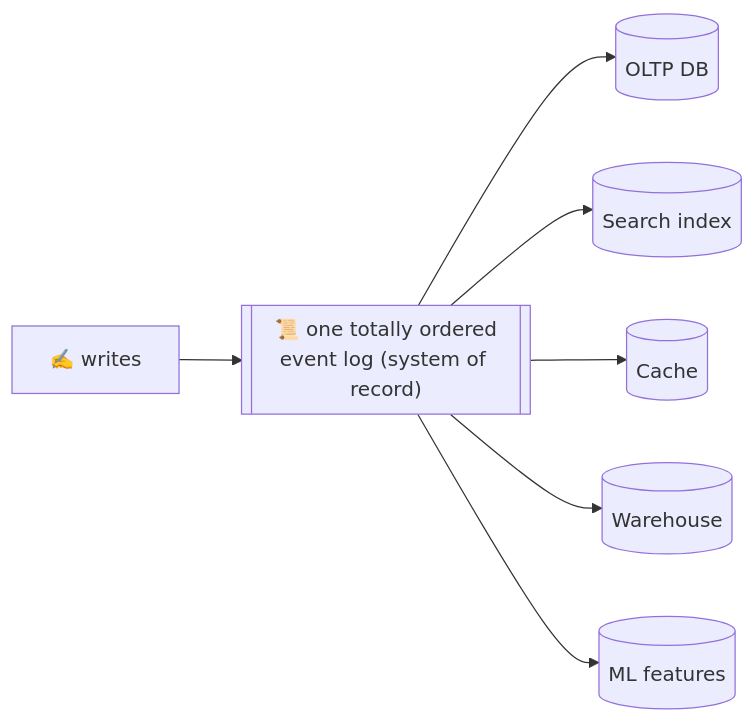
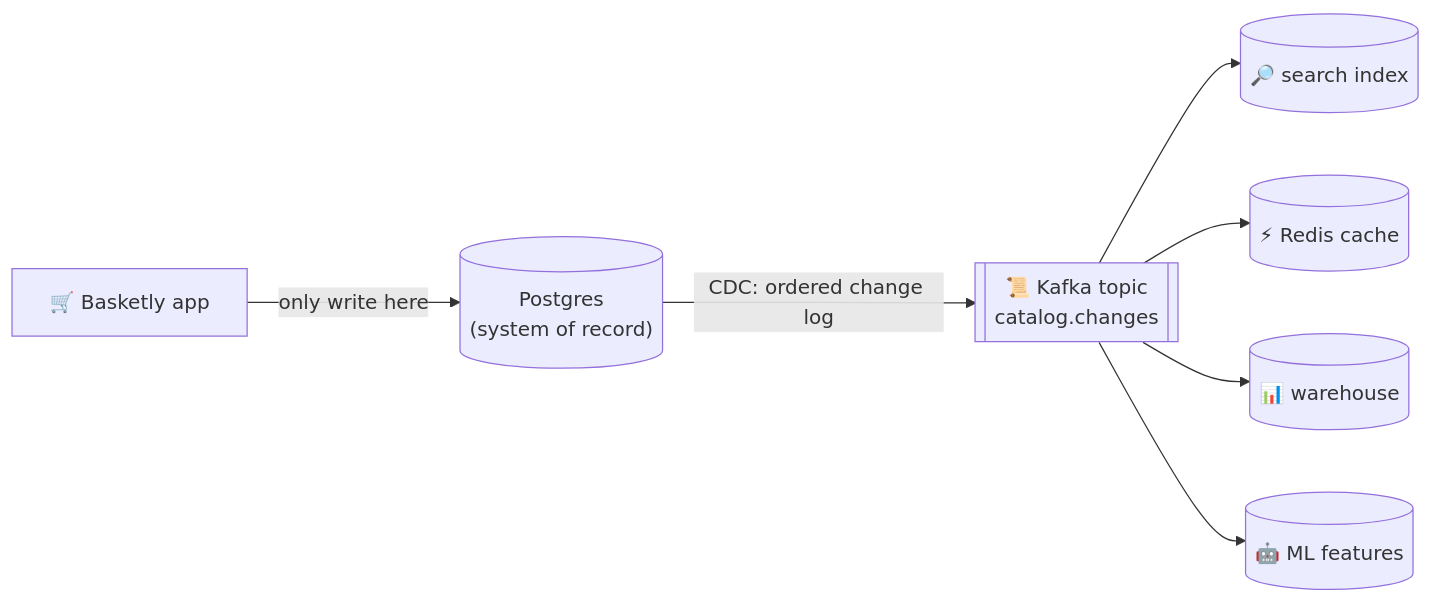
The third of 34 diagrams in docs/chapters/part-3/12-future.mdx (pratikguru998/ddia-book), drawn with Mermaid before and after one commit. The commit also changed other lines of this file and 13 other files, not shown here.

Commit message:
Expand all 12 chapters: every book subsection, deeper notes, ~320 diagrams

````diff
--- a/docs/chapters/part-3/12-future.mdx
+++ b/docs/chapters/part-3/12-future.mdx
@@ -20,9 +94,9 @@
 ```mermaid
 flowchart LR
-  W["✍️ writes"] --> LOG[["📜 one totally ordered<br/>event log (system of record)"]]
-  LOG --> DB[("OLTP DB")]
-  LOG --> SI[("Search index")]
-  LOG --> CA[("Cache")]
-  LOG --> DW[("Warehouse")]
-  LOG --> ML[("ML features")]
+  APP["🛒 Basketly app"] -->|"only write here"| DB[("Postgres<br/>(system of record)")]
+  DB -->|"CDC: ordered change log"| LOG[["📜 Kafka topic<br/>catalog.changes"]]
+  LOG --> IX[("🔎 search index")]
+  LOG --> CACHE[("⚡ Redis cache")]
+  LOG --> DW[("📊 warehouse")]
+  LOG --> FEAT[("🤖 ML features")]
 ```
````
